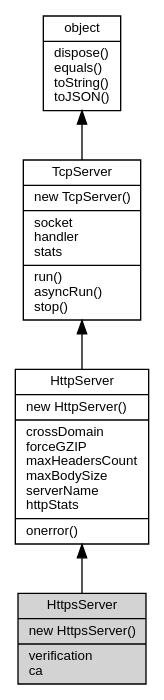
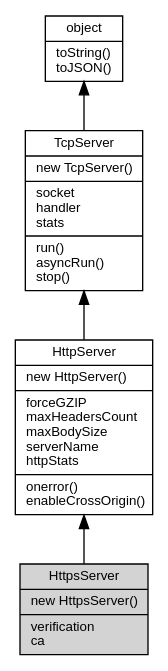
The diagram in docs/object/ifs/HttpsServer.md (asionius/fibjs-ceph), drawn with Graphviz before and after one commit. The commit also changed other lines of this file and 138 other files, not shown here.

````diff
--- a/docs/object/ifs/HttpsServer.md
+++ b/docs/object/ifs/HttpsServer.md
@@ -22,14 +22,14 @@
 ```dot
 digraph {
     node [fontname="Helvetica,sans-Serif", fontsize=10, shape="record", style="filled", fillcolor="white"];
 
-    object [tooltip="object", URL="object.md", label="{object|dispose()\lequals()\ltoString()\ltoJSON()\l}"];
+    object [tooltip="object", URL="object.md", label="{object|toString()\ltoJSON()\l}"];
     TcpServer [tooltip="TcpServer", URL="TcpServer.md", label="{TcpServer|new TcpServer()\l|socket\lhandler\lstats\l|run()\lasyncRun()\lstop()\l}"];
-    HttpServer [tooltip="HttpServer", URL="HttpServer.md", label="{HttpServer|new HttpServer()\l|crossDomain\lforceGZIP\lmaxHeadersCount\lmaxBodySize\lserverName\lhttpStats\l|onerror()\l}"];
-    HttpsServer [tooltip="HttpsServer", fillcolor="lightgray", label="{HttpsServer|new HttpsServer()\l|verification\lca\l}"];
+    HttpServer [tooltip="HttpServer", URL="HttpServer.md", label="{HttpServer|new HttpServer()\l|forceGZIP\lmaxHeadersCount\lmaxBodySize\lserverName\lhttpStats\l|onerror()\lenableCrossOrigin()\l}"];
+    HttpsServer [tooltip="HttpsServer", fillcolor="lightgray", id="me", label="{HttpsServer|new HttpsServer()\l|verification\lca\l}"];
 
     object -> TcpServer [dir=back];
     TcpServer -> HttpServer [dir=back];
     HttpServer -> HttpsServer [dir=back];
 }
 ```
````
